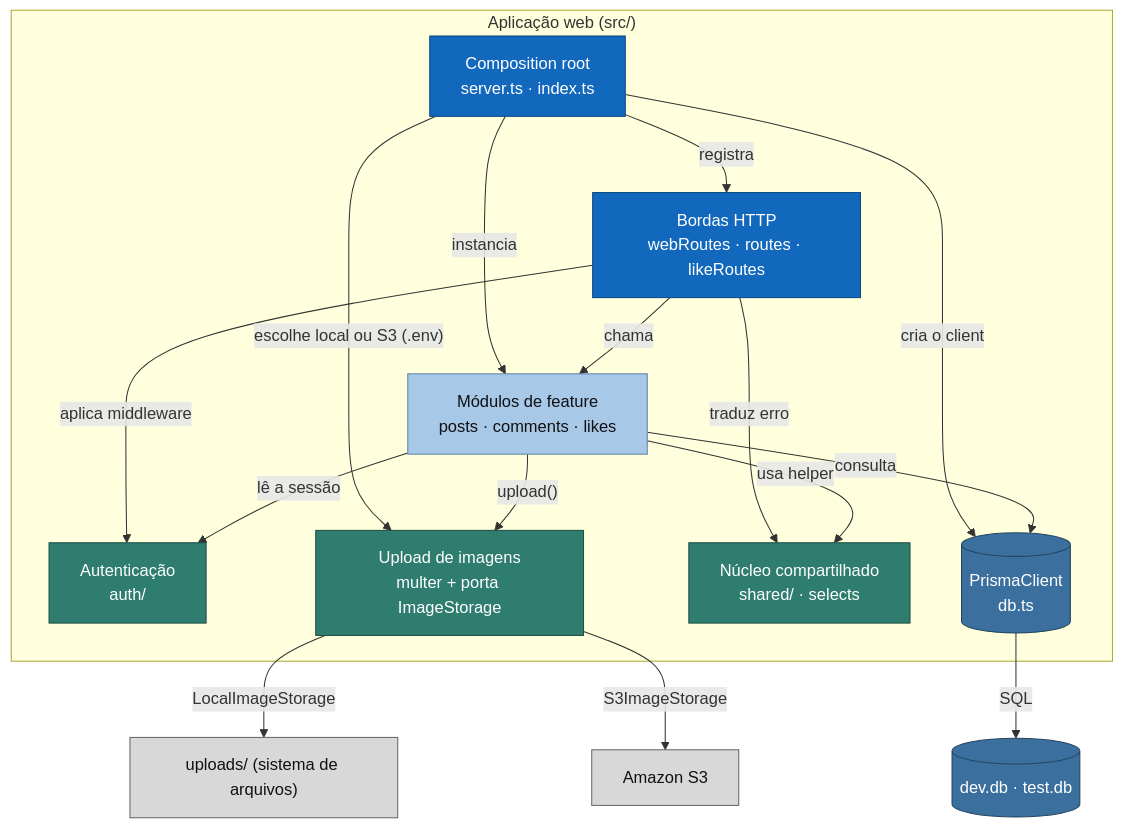
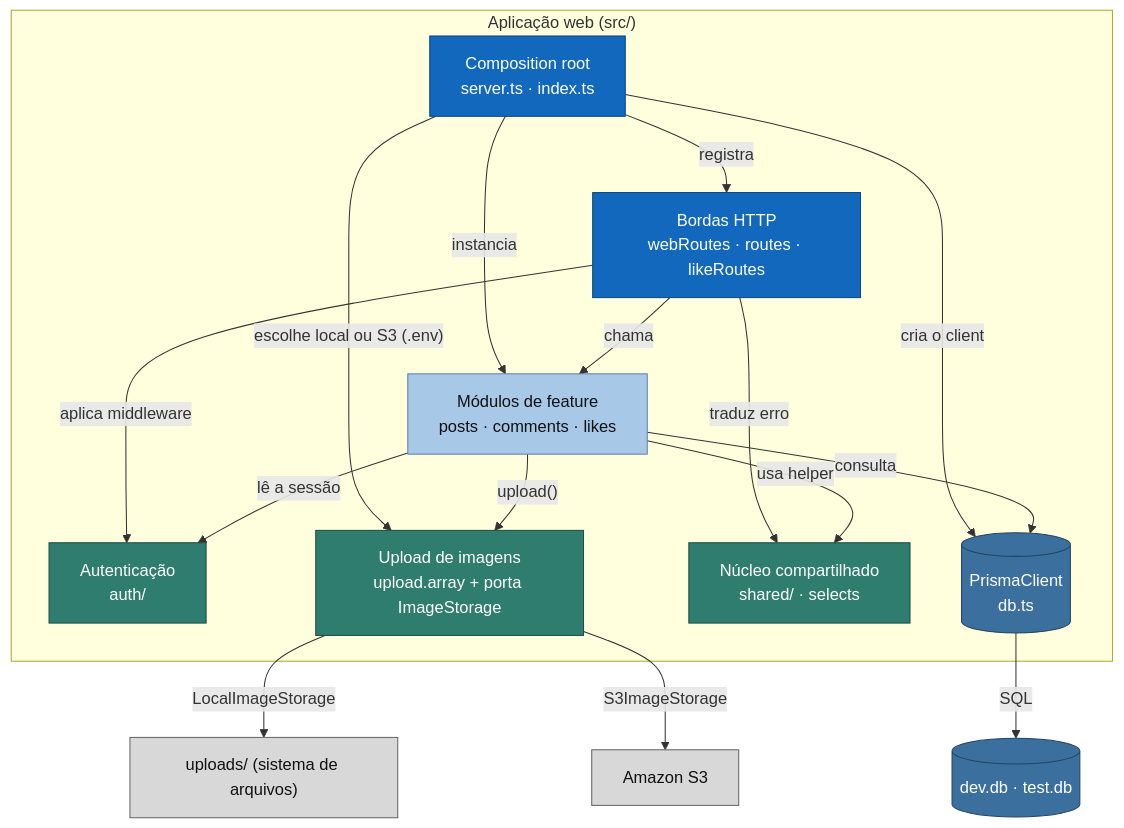
One commit to robertoSilva-ux/redesocial changed the fourth of 4 diagrams in docs/arquitetura/c4.md. Above: the diagram before and after it, drawn with Mermaid. The commit also changed other lines of this file and 21 other files, not shown here.

````diff
--- a/docs/arquitetura/c4.md
+++ b/docs/arquitetura/c4.md
@@ -164,37 +165,37 @@
 ```mermaid
 flowchart TB
   subgraph app["Aplicação web (src/)"]
     boot["Composition root<br/>server.ts · index.ts"]:::borda
     bordas["Bordas HTTP<br/>webRoutes · routes · likeRoutes"]:::borda
     modulos["Módulos de feature<br/>posts · comments · likes"]:::modulo
     auth["Autenticação<br/>auth/"]:::transversal
-    uploads["Upload de imagens<br/>multer + porta ImageStorage"]:::transversal
+    uploads["Upload de imagens<br/>upload.array + porta ImageStorage"]:::transversal
     shared["Núcleo compartilhado<br/>shared/ · selects"]:::transversal
     db[("PrismaClient<br/>db.ts")]:::dados
   end
 
   fs["uploads/ (sistema de arquivos)"]:::externo
   s3["Amazon S3"]:::externo
   sqlite[("dev.db · test.db")]:::dados
 
   boot -->|"registra"| bordas
   boot -->|"instancia"| modulos
   boot -->|"escolhe local ou S3 (.env)"| uploads
   boot -->|"cria o client"| db
   bordas -->|"chama"| modulos
   bordas -->|"aplica middleware"| auth
   bordas -->|"traduz erro"| shared
   modulos -->|"lê a sessão"| auth
   modulos -->|"upload()"| uploads
   modulos -->|"consulta"| db
   modulos -->|"usa helper"| shared
   uploads -->|"LocalImageStorage"| fs
   uploads -->|"S3ImageStorage"| s3
   db -->|"SQL"| sqlite
 
   classDef externo fill:#d8d8d8,stroke:#666,color:#111
   classDef borda fill:#1168bd,stroke:#0b4884,color:#fff
   classDef modulo fill:#a8c8e8,stroke:#5d82a8,color:#111
   classDef transversal fill:#2e7d6f,stroke:#1d4f46,color:#fff
   classDef dados fill:#3b6f9e,stroke:#24445f,color:#fff
 ```
````
